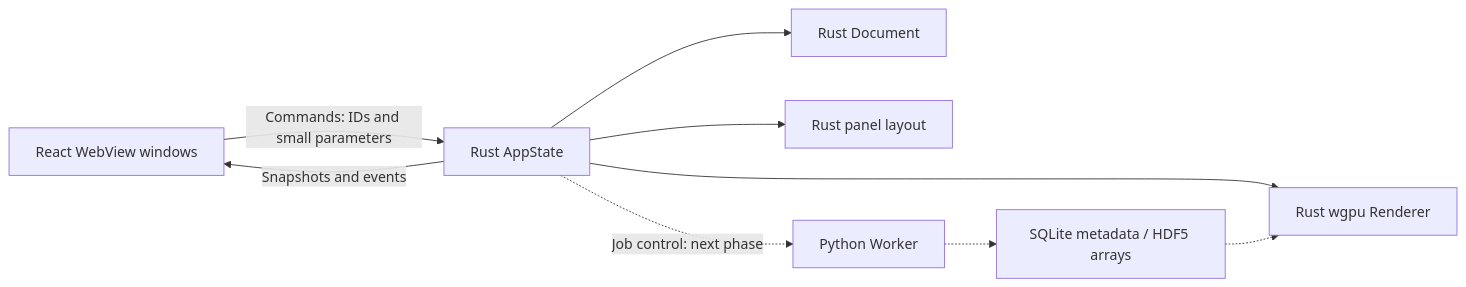
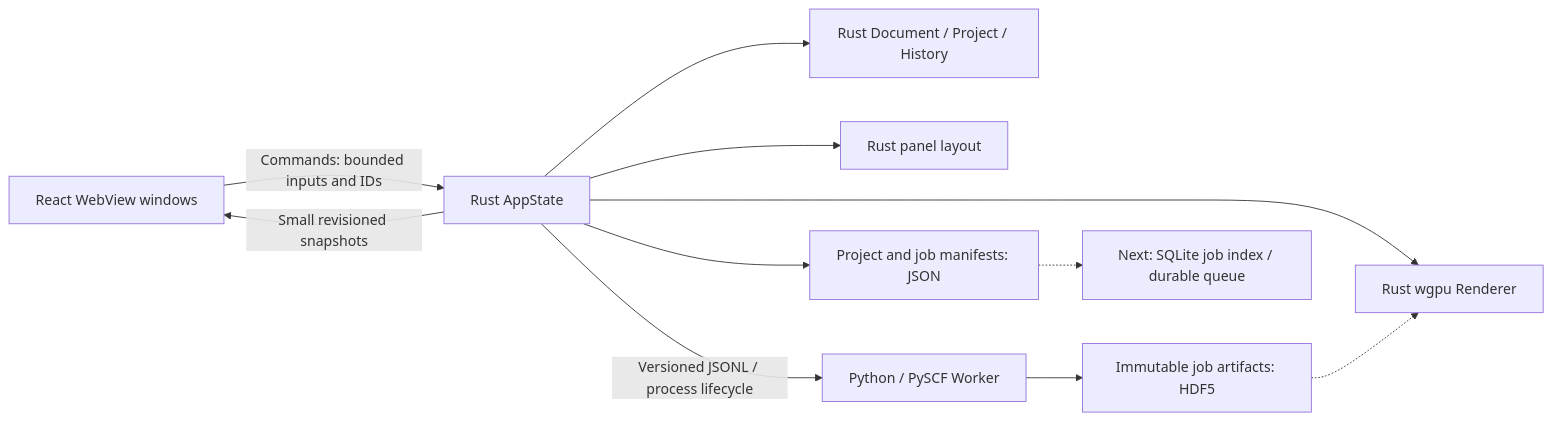
Before and after one commit to matsushibadenki/ReactQM: the diagram in docs/ARCHITECTURE.md, drawn with Mermaid. The commit also changed other lines of this file and 29 other files, not shown here.

````diff
--- a/docs/ARCHITECTURE.md
+++ b/docs/ARCHITECTURE.md
@@ -5,11 +5,13 @@
 ```mermaid
 flowchart LR
-    UI[React WebView windows] -->|Commands: IDs and small parameters| State[Rust AppState]
-    State --> Document[Rust Document]
+    UI[React WebView windows] -->|Commands: bounded inputs and IDs| State[Rust AppState]
+    State --> Document[Rust Document / Project / History]
     State --> Layout[Rust panel layout]
     State --> Renderer[Rust wgpu Renderer]
-    State -->|Snapshots and events| UI
-    State -.->|Job control: next phase| Worker[Python Worker]
-    Worker -.-> Files[SQLite metadata / HDF5 arrays]
-    Files -.-> Renderer
+    State -->|Small revisioned snapshots| UI
+    State -->|Versioned JSONL / process lifecycle| Worker[Python / PySCF Worker]
+    State --> JSON[Project and job manifests: JSON]
+    Worker --> HDF5[Immutable job artifacts: HDF5]
+    JSON -.-> SQLite[Next: SQLite job index / durable queue]
+    HDF5 -.-> Renderer
 ```
````
